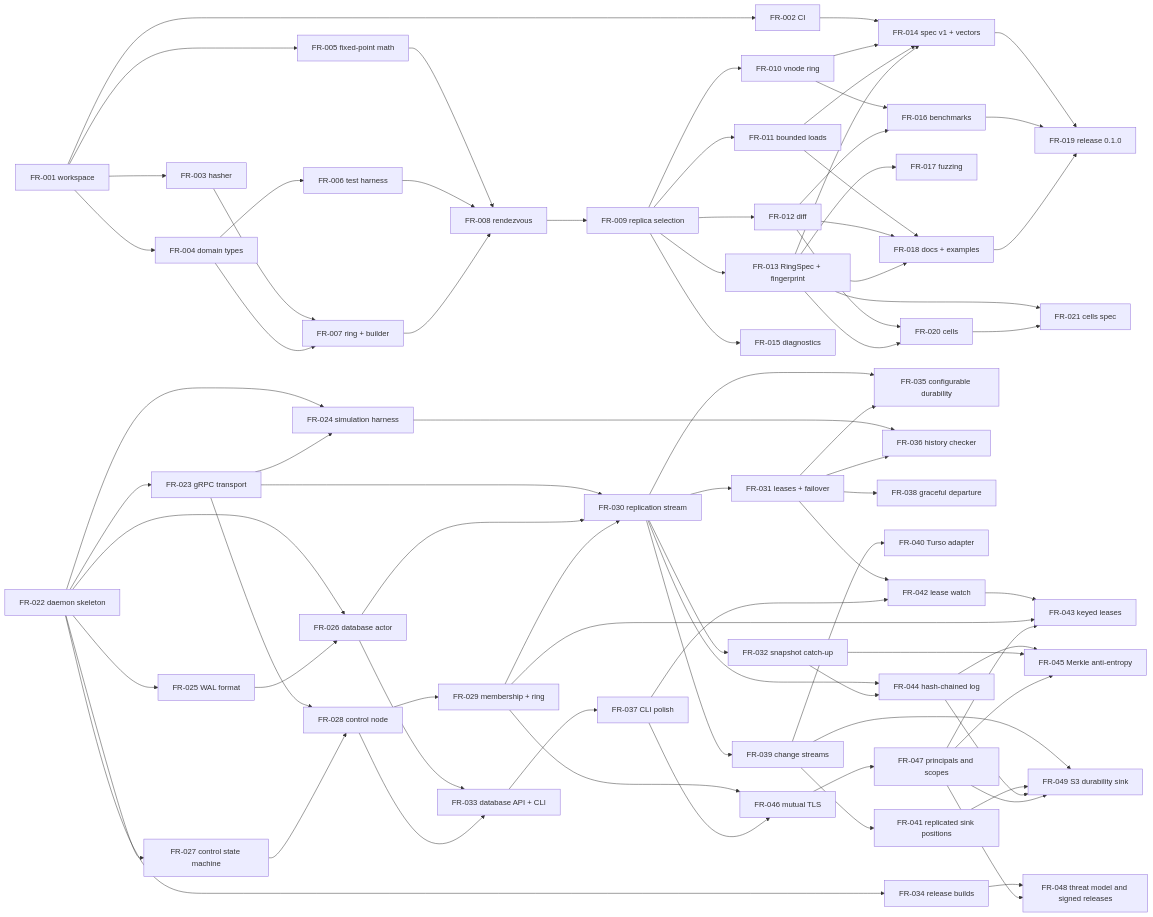
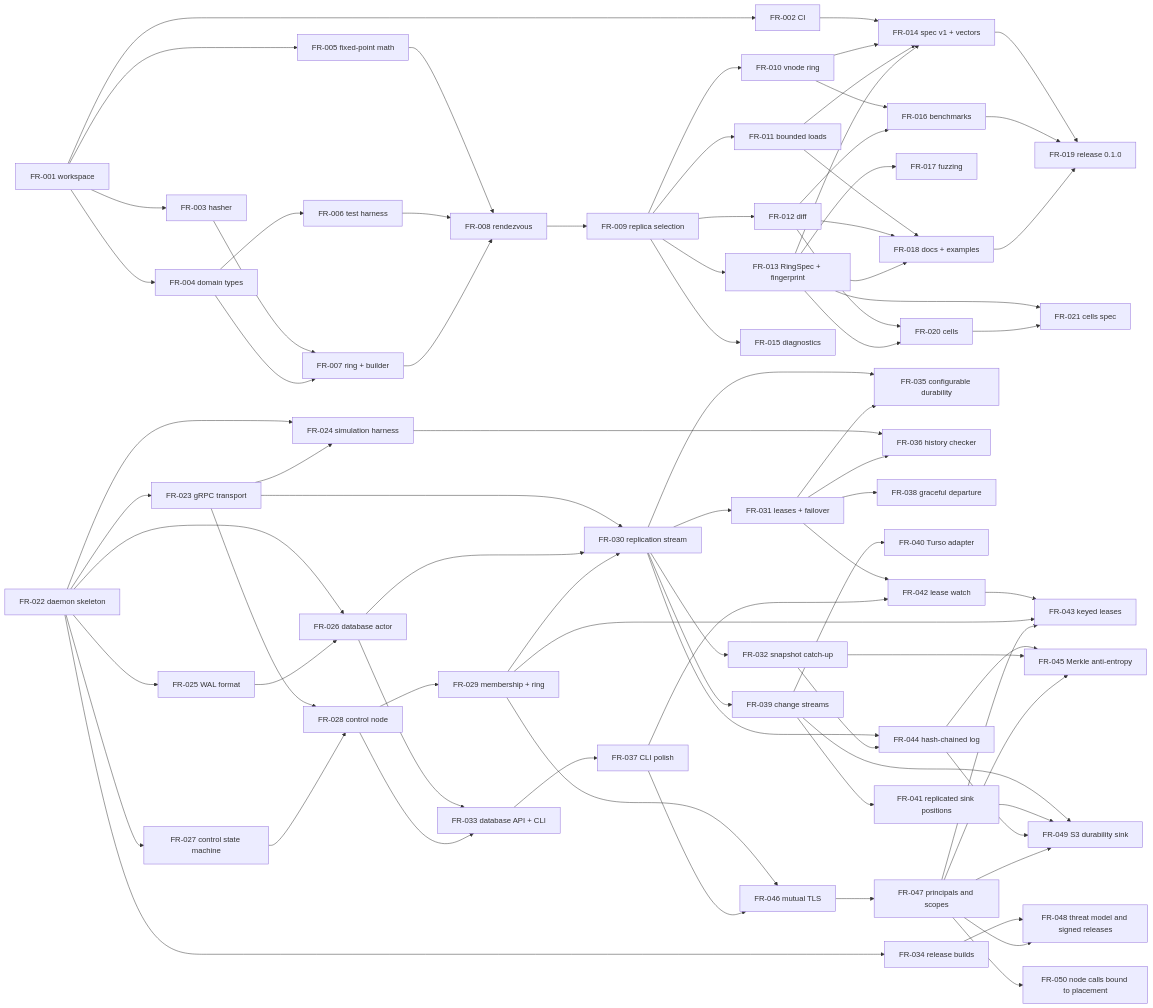
The diagram in docs/tickets/README.md (fleetring/fleetring), drawn with Mermaid before and after one commit. The commit also changed other lines of this file and 4 other files, not shown here.

First line of the commit message:
docs(tickets): ticket binding node-to-node calls to placement

````diff
--- a/docs/tickets/README.md
+++ b/docs/tickets/README.md
@@ -178,4 +179,5 @@
   FR047 --> FR049
   FR047 --> FR043
   FR047 --> FR045
+  FR047 --> FR050[FR-050 node calls bound to placement]
 ```
````
